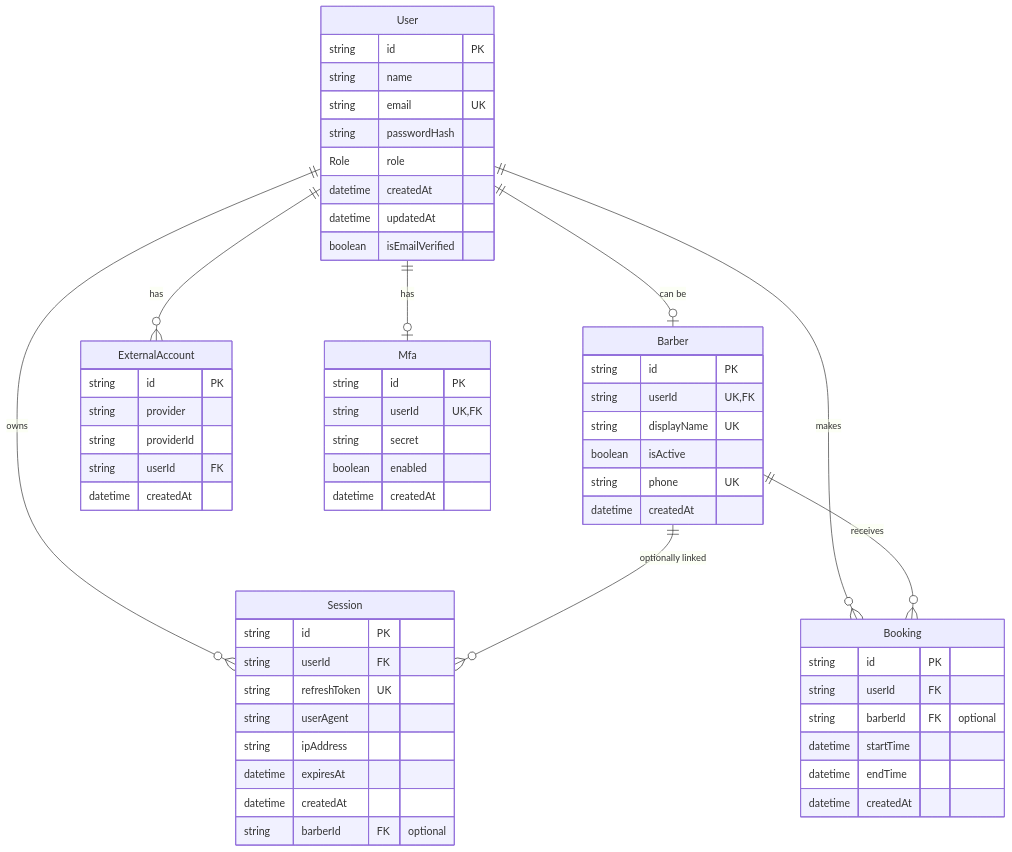
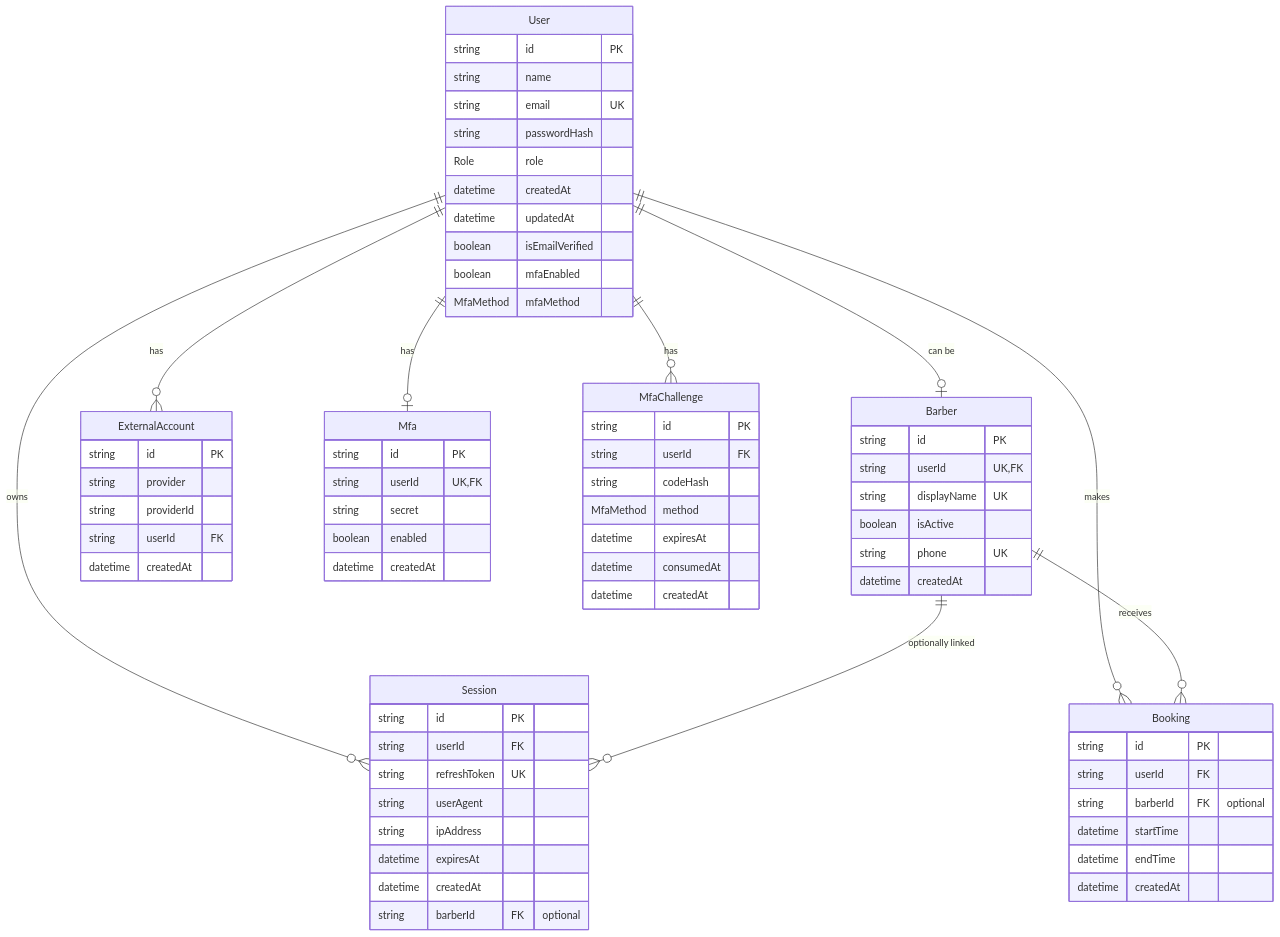
Before and after one commit to Erics-Barbers/erics-barbers-docs: the seventh of 7 diagrams in Database Design.md, drawn with Mermaid. The commit also changed other lines of this file and 6 other files, not shown here.

````diff
--- a/Database Design.md
+++ b/Database Design.md
@@ -289,66 +337,79 @@
 ```mermaid
 erDiagram
     User {
         string id PK
         string name
         string email UK
         string passwordHash
         Role role
         datetime createdAt
         datetime updatedAt
         boolean isEmailVerified
+        boolean mfaEnabled
+        MfaMethod mfaMethod
     }
 
     Barber {
         string id PK
         string userId UK, FK
         string displayName UK
         boolean isActive
         string phone UK
         datetime createdAt
     }
 
     Booking {
         string id PK
         string userId FK
         string barberId FK "optional"
         datetime startTime
         datetime endTime
         datetime createdAt
     }
 
     Session {
         string id PK
         string userId FK
         string refreshToken UK
         string userAgent
         string ipAddress
         datetime expiresAt
         datetime createdAt
         string barberId FK "optional"
     }
 
     ExternalAccount {
         string id PK
         string provider
         string providerId
         string userId FK
         datetime createdAt
     }
 
     Mfa {
         string id PK
         string userId UK, FK
         string secret
         boolean enabled
         datetime createdAt
     }
 
+    MfaChallenge {
+        string id PK
+        string userId FK
+        string codeHash
+        MfaMethod method
+        datetime expiresAt
+        datetime consumedAt
+        datetime createdAt
+    }
+
     User ||--o{ ExternalAccount : has
     User ||--o| Mfa : has
+    User ||--o{ MfaChallenge : has
     User ||--o{ Session : owns
     User ||--o{ Booking : makes
     User ||--o| Barber : "can be"
     Barber ||--o{ Booking : receives
     Barber ||--o{ Session : "optionally linked"
 ```
````
